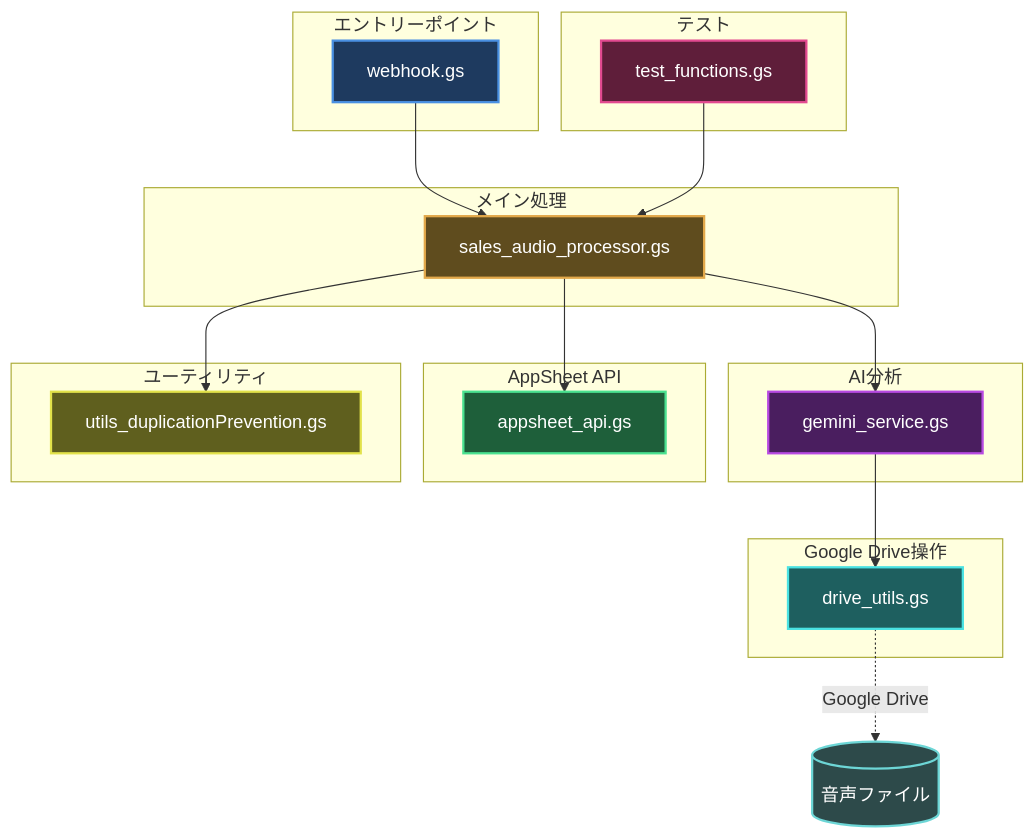
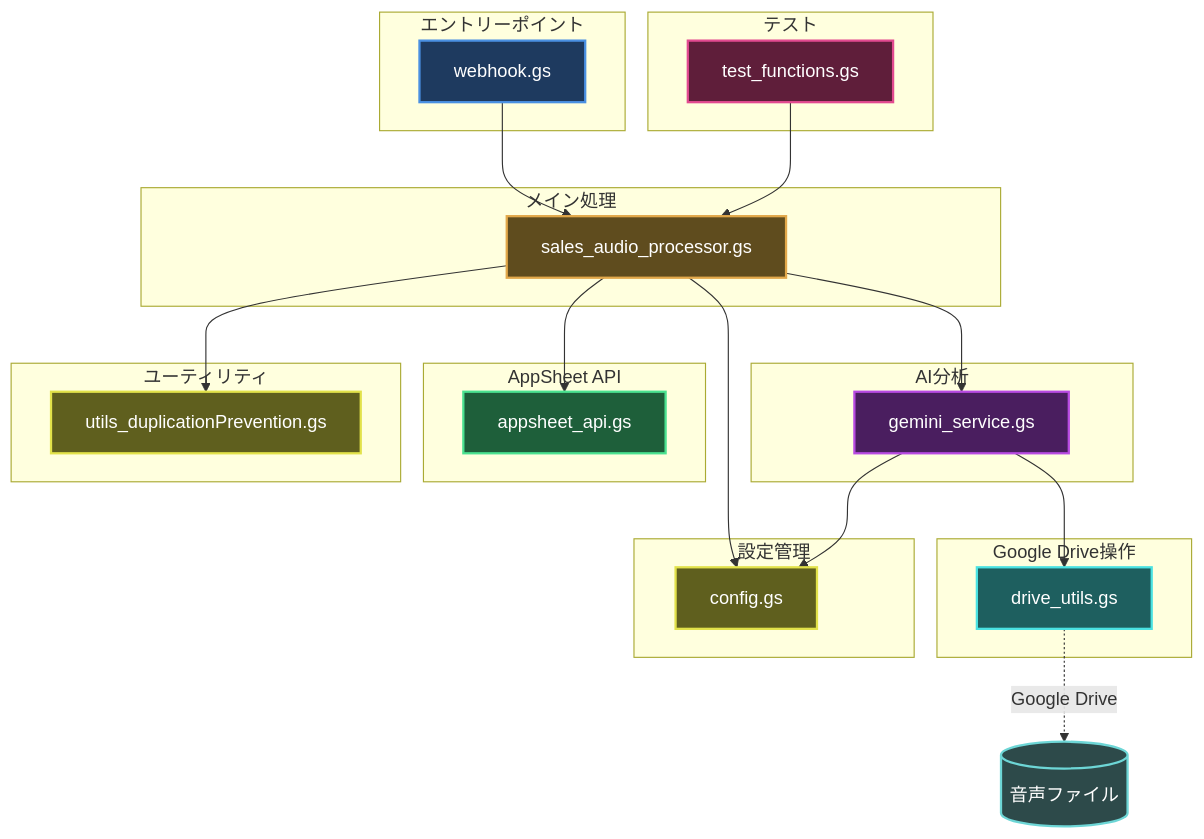
The first of 4 diagrams in gas_projects/Appsheet_営業_音声記録/SCRIPT_ARCHITECTURE.md (tasai-lab/appsheet-gas-automation), drawn with Mermaid before and after one commit. The commit also changed other lines of this file and 7 other files, not shown here.

````diff
--- a/gas_projects/Appsheet_営業_音声記録/SCRIPT_ARCHITECTURE.md
+++ b/gas_projects/Appsheet_営業_音声記録/SCRIPT_ARCHITECTURE.md
@@ -11,47 +11,54 @@
 ```mermaid
 graph TB
     subgraph "エントリーポイント"
         A[webhook.gs]
     end
     
     subgraph "メイン処理"
         B[sales_audio_processor.gs]
     end
     
     subgraph "AI分析"
         C[gemini_service.gs]
     end
     
     subgraph "Google Drive操作"
         D[drive_utils.gs]
     end
     
+    subgraph "設定管理"
+        I[config.gs]
+    end
+    
     subgraph "AppSheet API"
         E[appsheet_api.gs]
     end
     
     subgraph "ユーティリティ"
         F[utils_duplicationPrevention.gs]
     end
     
     subgraph "テスト"
         G[test_functions.gs]
     end
     
     A --> B
     B --> C
     B --> E
     B --> F
+    B --> I
+    C --> I
     G --> B
     C --> D
     D -.Google Drive.-> H[(音声ファイル)]
     
     style A fill:#1e3a5f,stroke:#4a90e2,stroke-width:2px,color:#ffffff
     style B fill:#5f4c1e,stroke:#e2a84a,stroke-width:2px,color:#ffffff
     style C fill:#4a1e5f,stroke:#b84ae2,stroke-width:2px,color:#ffffff
     style D fill:#1e5f5f,stroke:#4ae2e2,stroke-width:2px,color:#ffffff
     style E fill:#1e5f3a,stroke:#4ae290,stroke-width:2px,color:#ffffff
     style F fill:#5f5f1e,stroke:#e2e24a,stroke-width:2px,color:#ffffff
     style G fill:#5f1e3a,stroke:#e24a90,stroke-width:2px,color:#ffffff
     style H fill:#2d4a4a,stroke:#6dd6d6,stroke-width:2px,color:#ffffff
+    style I fill:#5f5f1e,stroke:#e2e24a,stroke-width:2px,color:#ffffff
 ```
````
